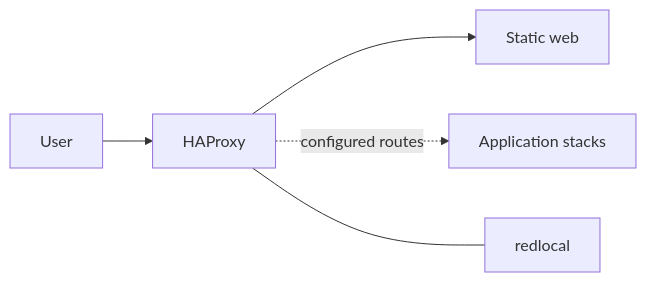
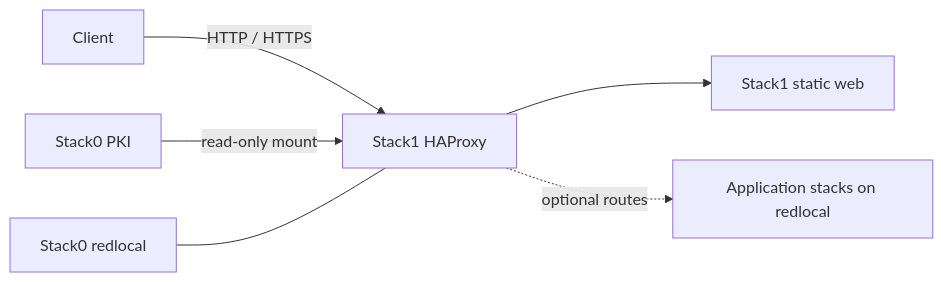
Before and after one commit to ea1het/local_hybrid_ai: the diagram in stack1_-_haproxy_web/README.md, drawn with Mermaid. The commit also changed other lines of this file, not shown here.

Commit message:
docs: expand Stack1 canonical documentation

````diff
--- a/stack1_-_haproxy_web/README.md
+++ b/stack1_-_haproxy_web/README.md
@@ -5,7 +7,8 @@
 ```mermaid
 flowchart LR
-    User --> HAProxy
-    HAProxy --> Web[Static web]
-    HAProxy -. configured routes .-> Apps[Application stacks]
-    HAProxy --- Redlocal[redlocal]
+    Client[Client] -->|HTTP / HTTPS| HAProxy[Stack1 HAProxy]
+    HAProxy --> Static[Stack1 static web]
+    HAProxy -. optional routes .-> Apps[Application stacks on redlocal]
+    PKI[Stack0 PKI] -->|read-only mount| HAProxy
+    Network[Stack0 redlocal] --- HAProxy
 ```
````
